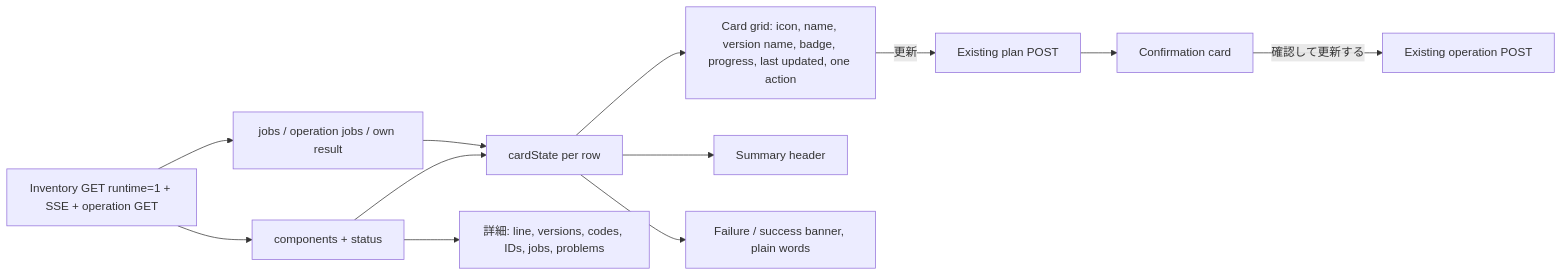
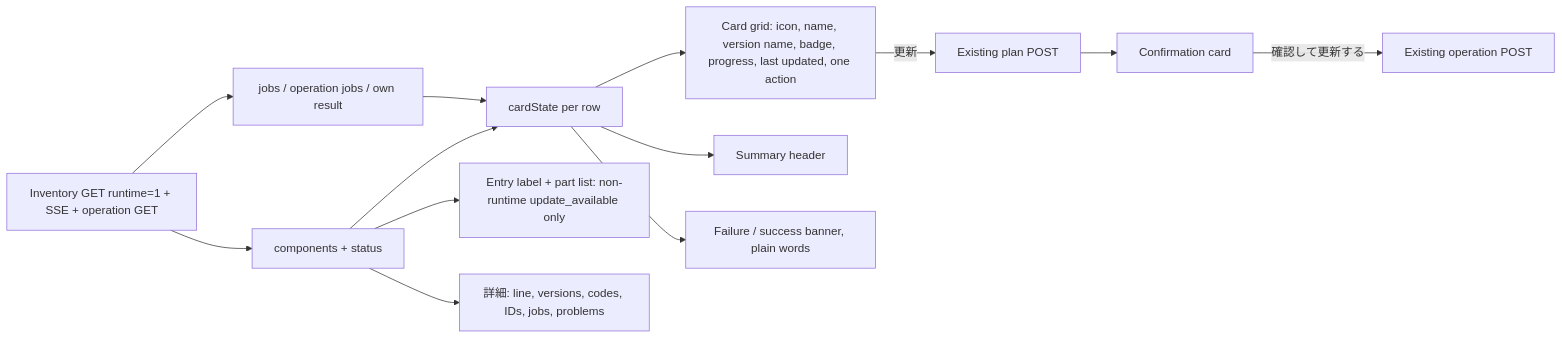
One commit to kitepon/BellTeam changed the first of 10 diagrams in docs/architecture/modules/web/update-notice-design.md. Above: the diagram before and after it, drawn with Mermaid. The commit also changed other lines of this file and 2 other files, not shown here.

Commit message:
fix(web): Update entry label and part list do not count runtime rows as 更新あり
Live Web 7896e066 read GET /api/updates?runtime=1; the three runtime CLI rows
(update_available) raised 「Update · 更新あり」 and the part-list status while
every product row was up_to_date. Runtime rows update only with the body
(Owner rule), as the summary header and cards already treat them.

````diff
--- a/docs/architecture/modules/web/update-notice-design.md
+++ b/docs/architecture/modules/web/update-notice-design.md
@@ -18,12 +19,13 @@
 ```mermaid
 flowchart LR
   Read[Inventory GET runtime=1 + SSE + operation GET] --> Rows[components + status]
   Read --> Recs[jobs / operation jobs / own result]
   Rows --> Card[cardState per row]
   Recs --> Card
   Card --> Cards[Card grid: icon, name, version name, badge, progress, last updated, one action]
   Card --> Summary[Summary header]
+  Rows --> Entry[Entry label + part list: non-runtime update_available only]
   Card --> Banner[Failure / success banner, plain words]
   Cards -->|更新| Plan[Existing plan POST] --> Review[Confirmation card] -->|確認して更新する| Start[Existing operation POST]
   Rows --> Detail[詳細: line, versions, codes, IDs, jobs, problems]
 ```
````
